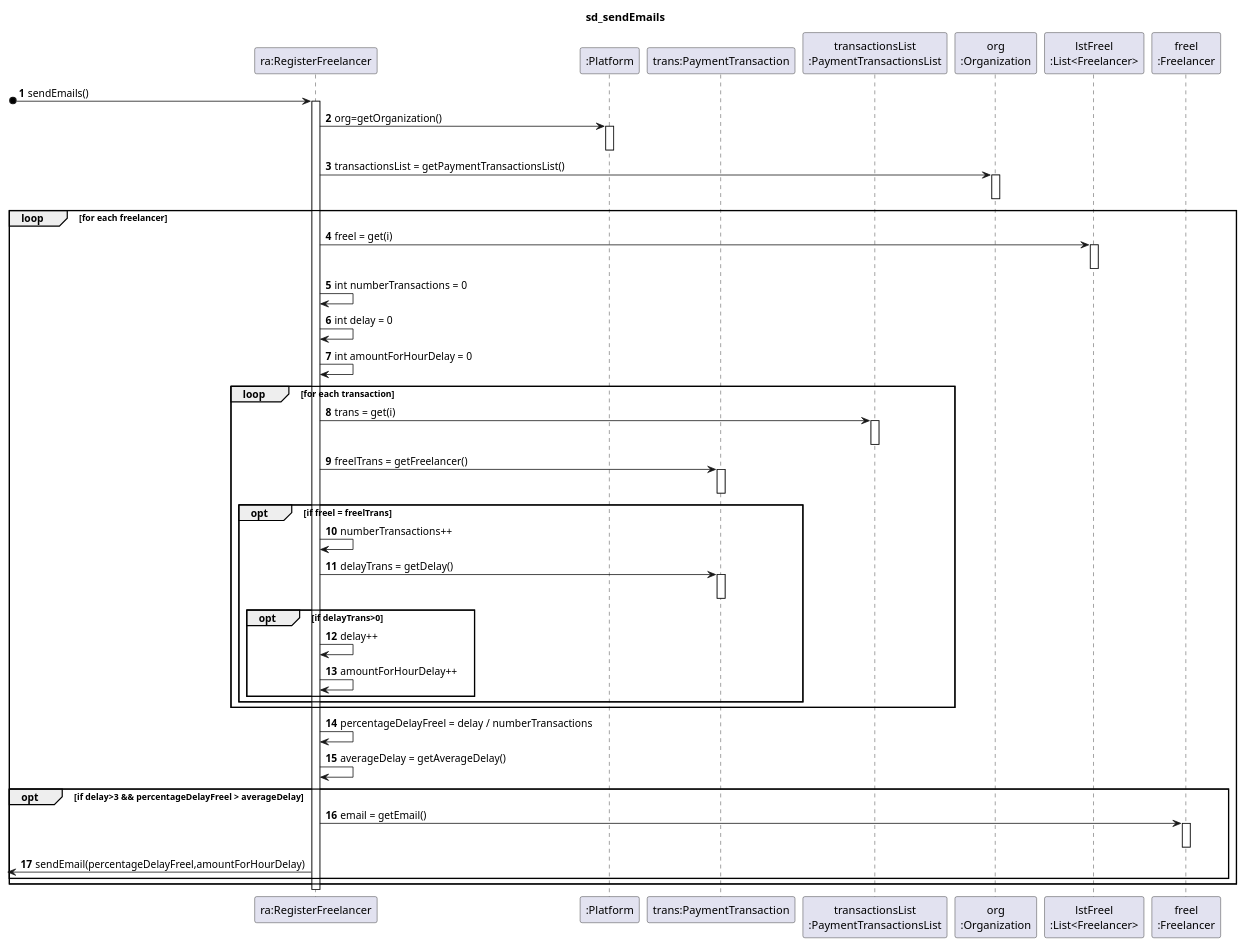
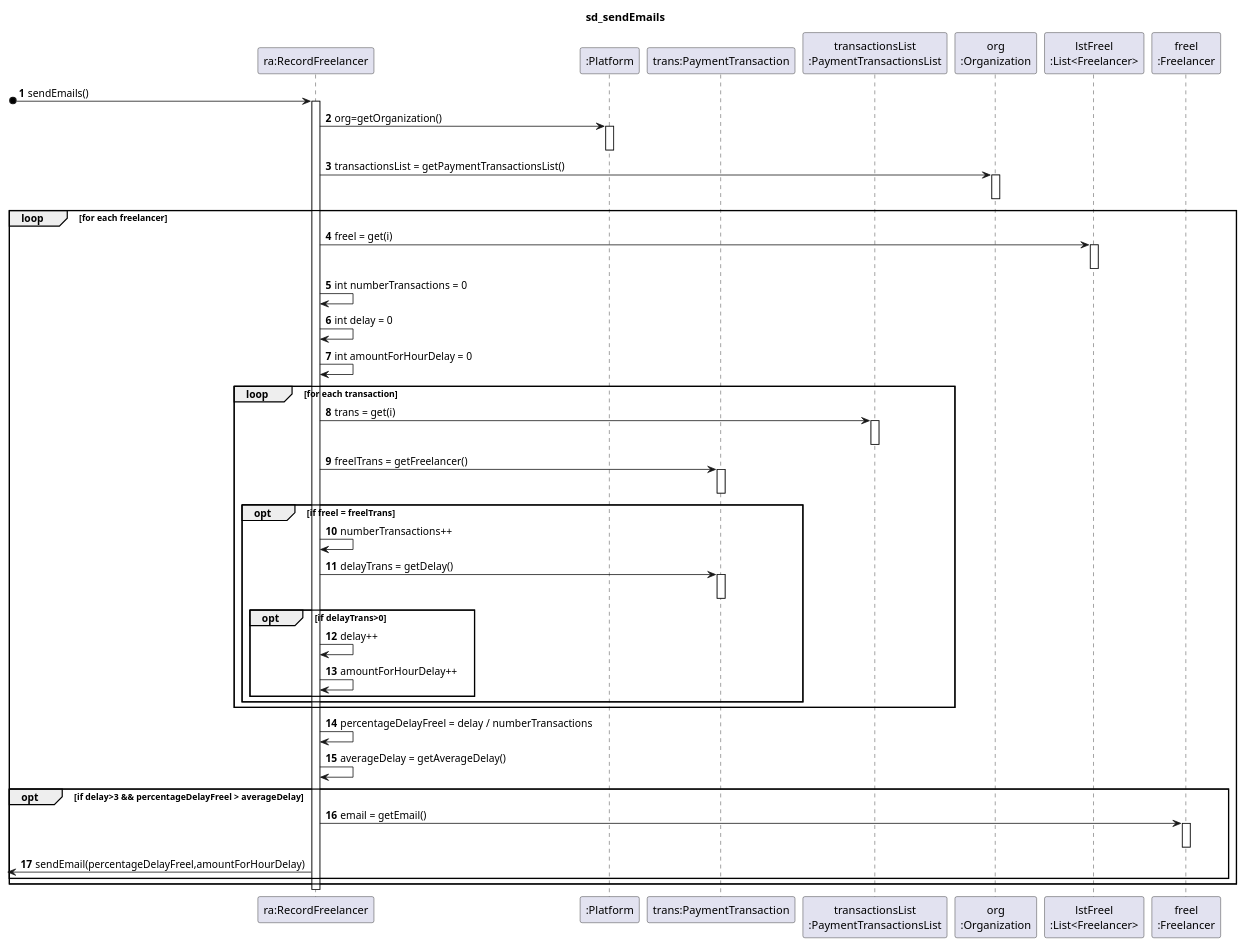
Before and after one commit to pedrolemos4/LAPR2: the diagram in docs/UC10 - Notify delayed freelancers (automatically)/UC10_SD2.puml, drawn with PlantUML. The commit also changed 6 other files, not shown here.

```diff
--- a/docs/UC10 - Notify delayed freelancers (automatically)/UC10_SD2.puml
+++ b/docs/UC10 - Notify delayed freelancers (automatically)/UC10_SD2.puml
@@ -1,77 +1,77 @@
 @startuml
 autonumber
 
 title sd_sendEmails
-participant "ra:RegisterFreelancer" as RA
+participant "ra:RecordFreelancer" as RA
 participant ":Platform" as PLAT
 participant "trans:PaymentTransaction" as PT
 participant "transactionsList\n:PaymentTransactionsList" as LPT
 participant "org\n:Organization" as ORG
 participant "lstFreel\n:List<Freelancer>" as LF
 participant "freel\n:Freelancer" as FREEL
 
 [o-> RA : sendEmails()
 activate RA
   
 RA -> PLAT : org=getOrganization()
 activate PLAT
 deactivate PLAT
 
 RA -> ORG : transactionsList = getPaymentTransactionsList()
 activate ORG
 deactivate ORG
   
 LOOP for each freelancer
   
 RA -> LF : freel = get(i)
 activate LF
 deactivate LF
   
 RA -> RA : int numberTransactions = 0
 RA -> RA : int delay = 0
 RA -> RA : int amountForHourDelay = 0
   
 LOOP for each transaction
   
 RA -> LPT : trans = get(i)
 activate LPT
 deactivate LPT
   
 RA -> PT : freelTrans = getFreelancer()
 activate PT
 deactivate PT
   
 OPT if freel = freelTrans
   
 RA -> RA : numberTransactions++
   
 RA -> PT : delayTrans = getDelay()
 activate PT
 deactivate PT
   
 OPT if delayTrans>0
   
 RA -> RA : delay++
 RA -> RA : amountForHourDelay++
   
 end OPT
 end OPT  
 end LOOP
   
 RA -> RA : percentageDelayFreel = delay / numberTransactions
 RA -> RA : averageDelay = getAverageDelay()
   
 OPT if delay>3 && percentageDelayFreel > averageDelay
   
 RA -> FREEL : email = getEmail()
 activate FREEL
 deactivate FREEL
   
 [<- RA : sendEmail(percentageDelayFreel,amountForHourDelay)
   
 end OPT  
 end LOOP
 deactivate RA
   
   
 @enduml
```
